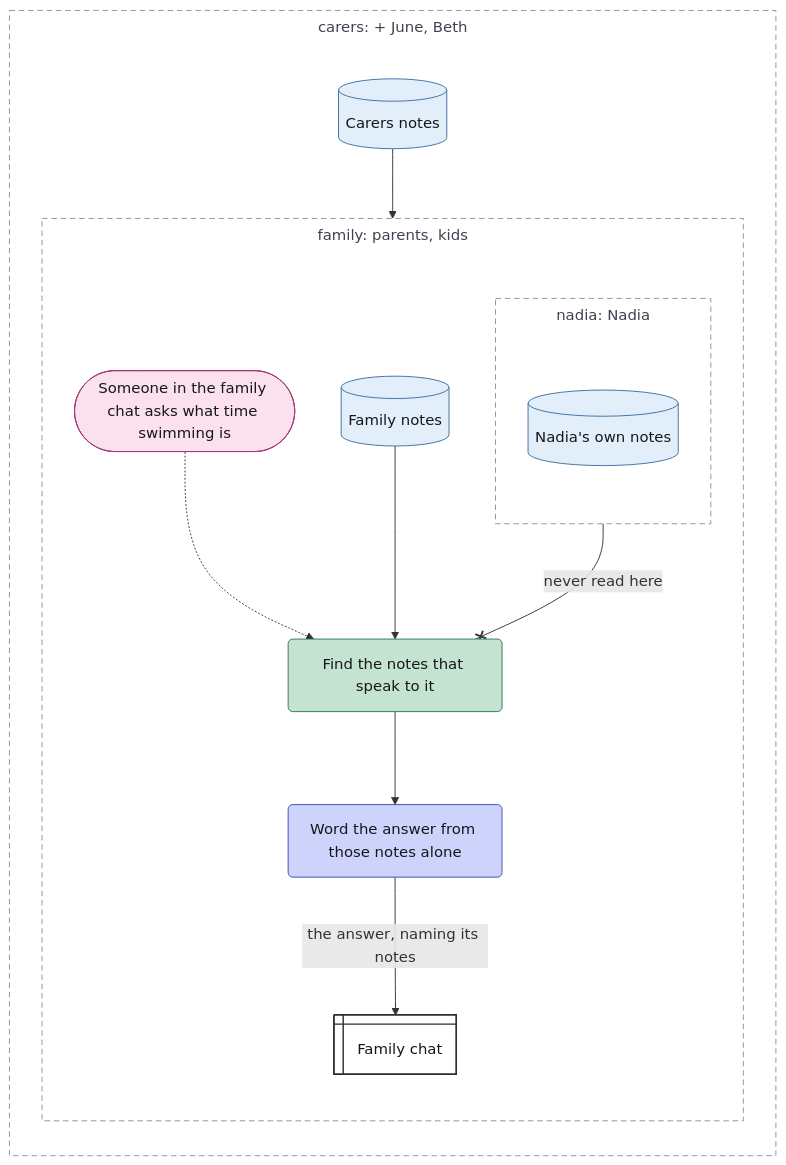
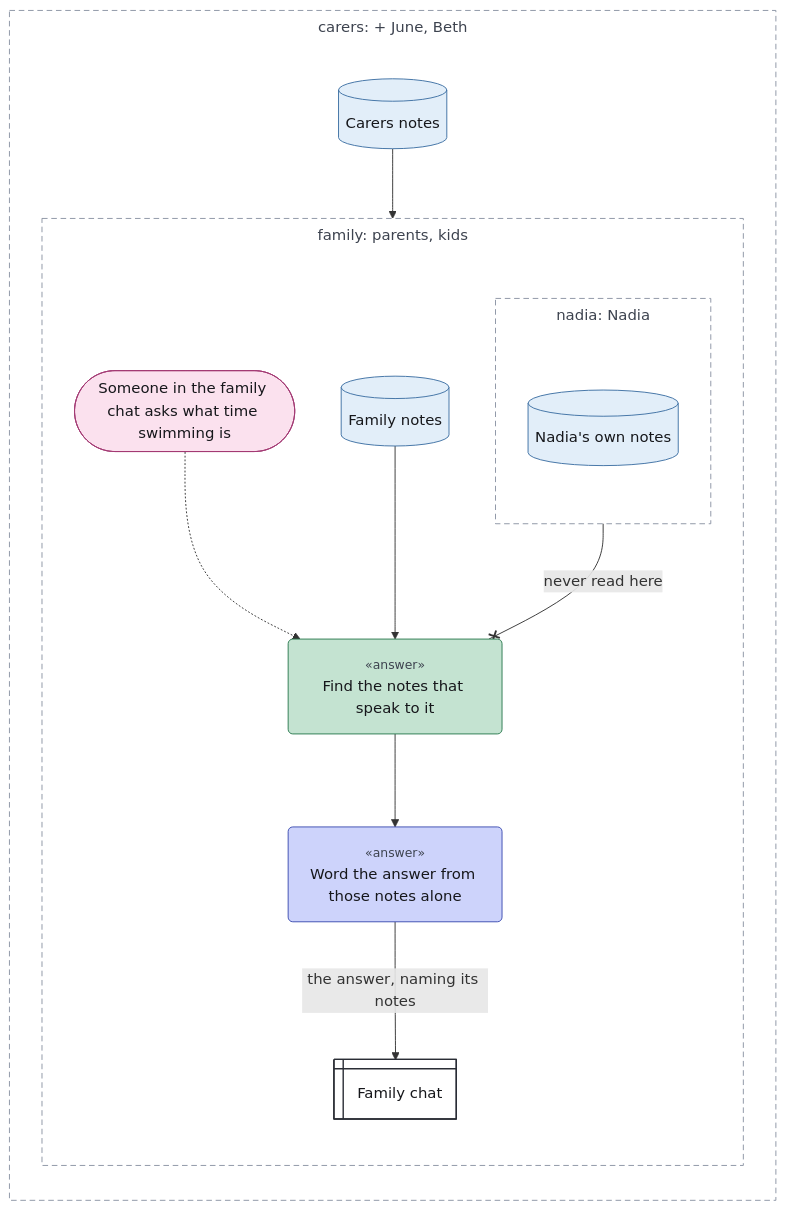
Before and after one commit to chrismdp/awml: the diagram in examples/question.mmd, drawn with Mermaid. The commit also changed 20 other files, not shown here.

```diff
--- a/examples/question.mmd
+++ b/examples/question.mmd
@@ -1,51 +1,51 @@
 ---
 config:
   theme: default
   flowchart:
     useMaxWidth: false
     subGraphTitleMargin:
       top: 6
       bottom: 30
 ---
 flowchart TB
   subgraph carers["carers: + June, Beth"]
     direction TB
     carers_notes[("Carers notes")]
     subgraph family["family: parents, kids"]
       direction TB
       ask(["Someone in the family chat asks what time swimming is"])
       family_notes[("Family notes")]
-      find("Find the notes that speak to it")
-      word("Word the answer from those notes alone")
+      find("<small style='color:#3d434f'>«answer»</small><br>Find the notes that speak to it")
+      word("<small style='color:#3d434f'>«answer»</small><br>Word the answer from those notes alone")
       chat@{ shape: win-pane, label: "Family chat" }
       subgraph nadia["nadia: Nadia"]
         direction TB
         nadia_notes[("Nadia's own notes")]
       end
     end
   end
 
   ask -.-> find
   family_notes --> find
   carers_notes --> find
   nadia_notes --x|"never read here"| find
   find --> word
   word -->|"the answer, naming its notes"| chat
   classDef trig fill:#fbe1ee,stroke:#a33a74,color:#16171b
   classDef ctx fill:#e2eef9,stroke:#3d6fa3,color:#16171b
   classDef con fill:#eceef2,stroke:#5d6472,color:#16171b
   classDef surf fill:#ffffff,stroke:#2a2d35,stroke-width:1.5px,color:#16171b
   classDef out fill:#fde4dc,stroke:#b5532f,color:#16171b
   classDef ai fill:#cdd3fb,stroke:#3b4bb0,color:#16171b
   classDef rule fill:#c4e3d1,stroke:#2b7a4f,color:#16171b
   classDef human fill:#f7d79a,stroke:#9a6100,color:#16171b
   classDef uml fill:#16171b,stroke:#16171b,color:#16171b
   classDef gap fill:#ffffff,stroke:#8a93a3,stroke-dasharray:4 3,color:#6b7280
   class ask trig
   class carers_notes,family_notes,nadia_notes ctx
   class chat surf
   class word ai
   class find rule
   style carers fill:transparent,stroke:#8a93a3,stroke-dasharray:6 4,color:#3d434f
   style family fill:transparent,stroke:#8a93a3,stroke-dasharray:6 4,color:#3d434f
   style nadia fill:transparent,stroke:#8a93a3,stroke-dasharray:6 4,color:#3d434f
```
